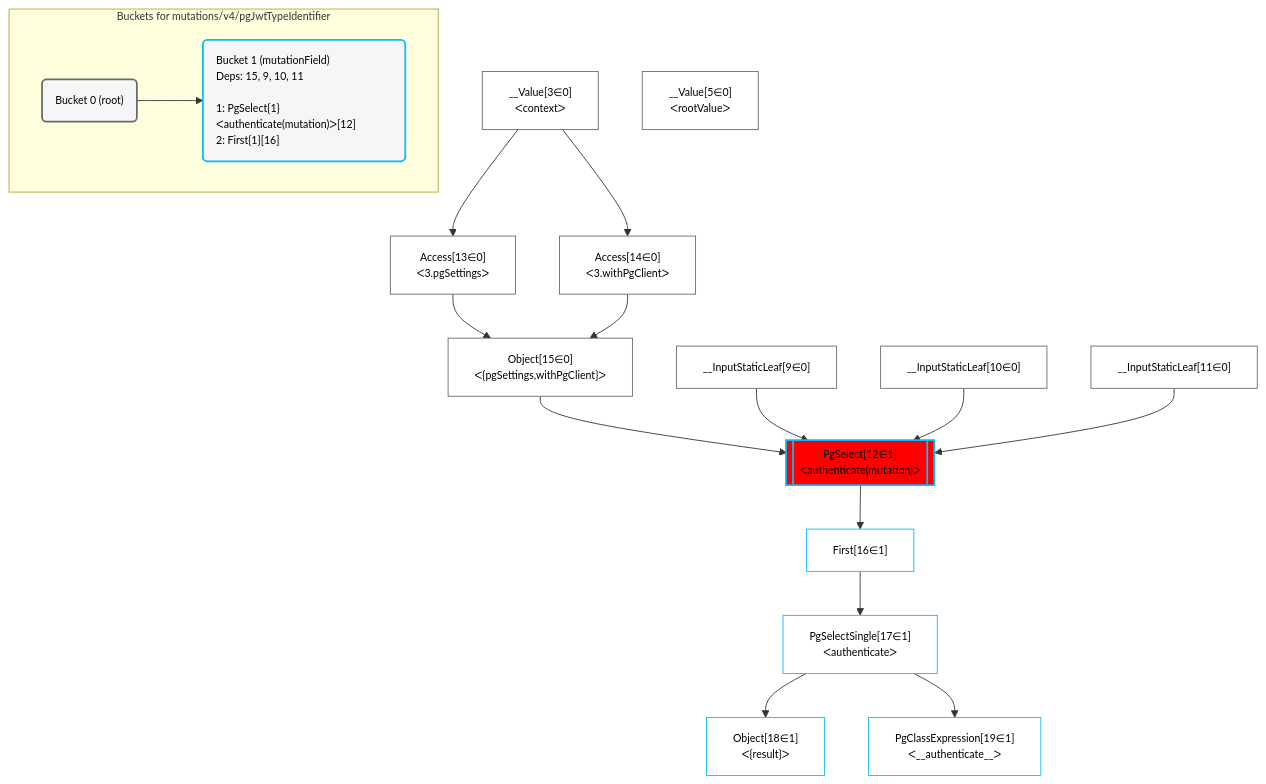
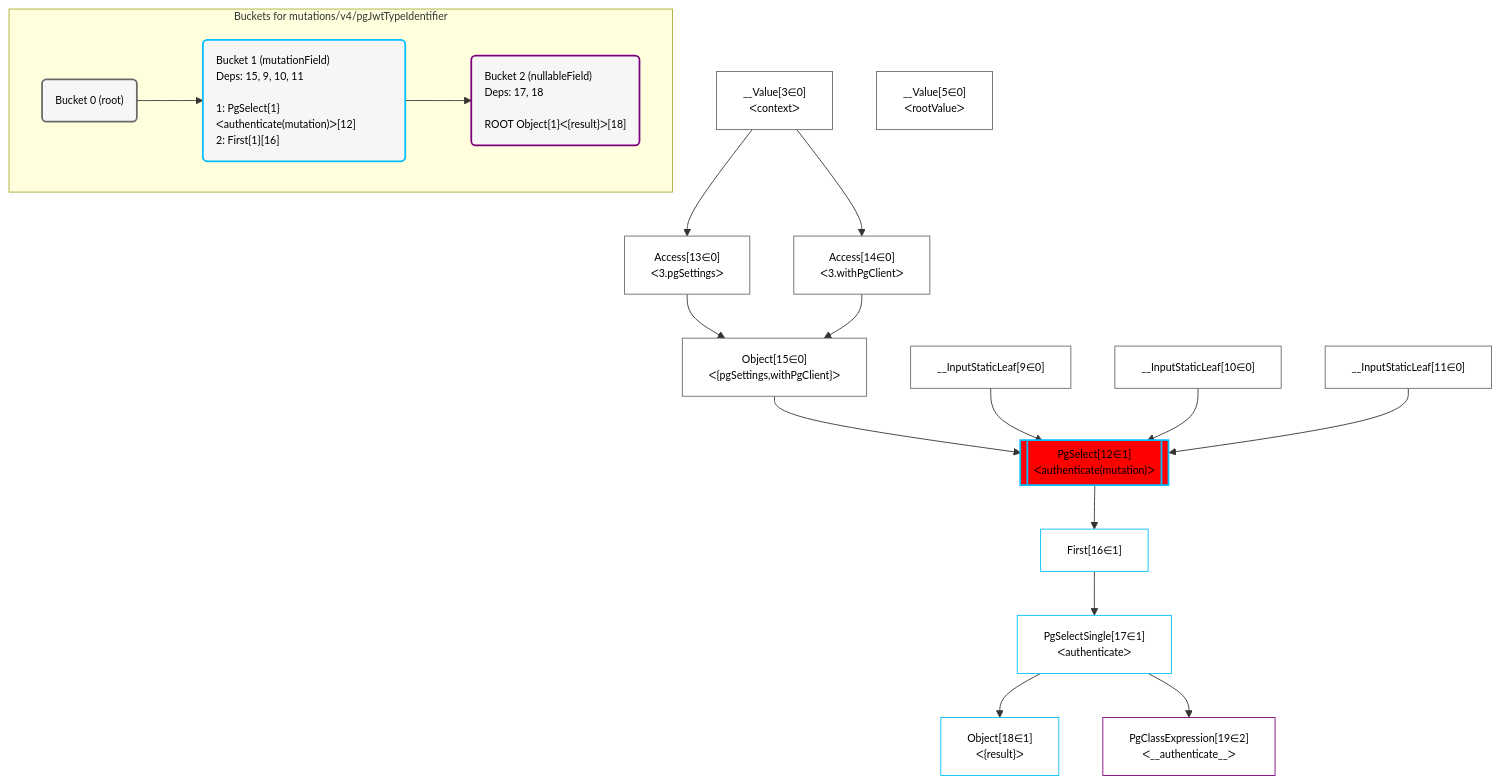
Before and after one commit to graphile/crystal: the diagram in postgraphile/postgraphile/__tests__/mutations/v4/pgJwtTypeIdentifier.mermaid, drawn with Mermaid. The commit also changed 96 other files, not shown here.

```diff
--- a/postgraphile/postgraphile/__tests__/mutations/v4/pgJwtTypeIdentifier.mermaid
+++ b/postgraphile/postgraphile/__tests__/mutations/v4/pgJwtTypeIdentifier.mermaid
@@ -1,43 +1,47 @@
 %%{init: {'themeVariables': { 'fontSize': '12px'}}}%%
 graph TD
     classDef path fill:#eee,stroke:#000,color:#000
     classDef plan fill:#fff,stroke-width:1px,color:#000
     classDef itemplan fill:#fff,stroke-width:2px,color:#000
     classDef sideeffectplan fill:#f00,stroke-width:2px,color:#000
     classDef bucket fill:#f6f6f6,color:#000,stroke-width:2px,text-align:left
 
 
     %% define steps
     __Value3["__Value[3∈0]<br />ᐸcontextᐳ"]:::plan
     __Value5["__Value[5∈0]<br />ᐸrootValueᐳ"]:::plan
     __InputStaticLeaf9["__InputStaticLeaf[9∈0]"]:::plan
     __InputStaticLeaf10["__InputStaticLeaf[10∈0]"]:::plan
     __InputStaticLeaf11["__InputStaticLeaf[11∈0]"]:::plan
     Access13["Access[13∈0]<br />ᐸ3.pgSettingsᐳ"]:::plan
     Access14["Access[14∈0]<br />ᐸ3.withPgClientᐳ"]:::plan
     Object15["Object[15∈0]<br />ᐸ{pgSettings,withPgClient}ᐳ"]:::plan
     PgSelect12[["PgSelect[12∈1]<br />ᐸauthenticate(mutation)ᐳ"]]:::sideeffectplan
     First16["First[16∈1]"]:::plan
     PgSelectSingle17["PgSelectSingle[17∈1]<br />ᐸauthenticateᐳ"]:::plan
     Object18["Object[18∈1]<br />ᐸ{result}ᐳ"]:::plan
-    PgClassExpression19["PgClassExpression[19∈1]<br />ᐸ__authenticate__ᐳ"]:::plan
+    PgClassExpression19["PgClassExpression[19∈2]<br />ᐸ__authenticate__ᐳ"]:::plan
 
     %% plan dependencies
     __Value3 --> Access13
     __Value3 --> Access14
     Access13 & Access14 --> Object15
     Object15 & __InputStaticLeaf9 & __InputStaticLeaf10 & __InputStaticLeaf11 --> PgSelect12
     PgSelect12 --> First16
     First16 --> PgSelectSingle17
     PgSelectSingle17 --> Object18
     PgSelectSingle17 --> PgClassExpression19
 
     subgraph "Buckets for mutations/v4/pgJwtTypeIdentifier"
     Bucket0("Bucket 0 (root)"):::bucket
     classDef bucket0 stroke:#696969
     class Bucket0,__Value3,__Value5,__InputStaticLeaf9,__InputStaticLeaf10,__InputStaticLeaf11,Access13,Access14,Object15 bucket0
     Bucket1("Bucket 1 (mutationField)<br />Deps: 15, 9, 10, 11<br /><br />1: PgSelect{1}ᐸauthenticate(mutation)ᐳ[12]<br />2: First{1}[16]"):::bucket
     classDef bucket1 stroke:#00bfff
-    class Bucket1,PgSelect12,First16,PgSelectSingle17,Object18,PgClassExpression19 bucket1
+    class Bucket1,PgSelect12,First16,PgSelectSingle17,Object18 bucket1
+    Bucket2("Bucket 2 (nullableField)<br />Deps: 17, 18<br /><br />ROOT Object{1}ᐸ{result}ᐳ[18]"):::bucket
+    classDef bucket2 stroke:#7f007f
+    class Bucket2,PgClassExpression19 bucket2
     Bucket0 --> Bucket1
+    Bucket1 --> Bucket2
     end
```
